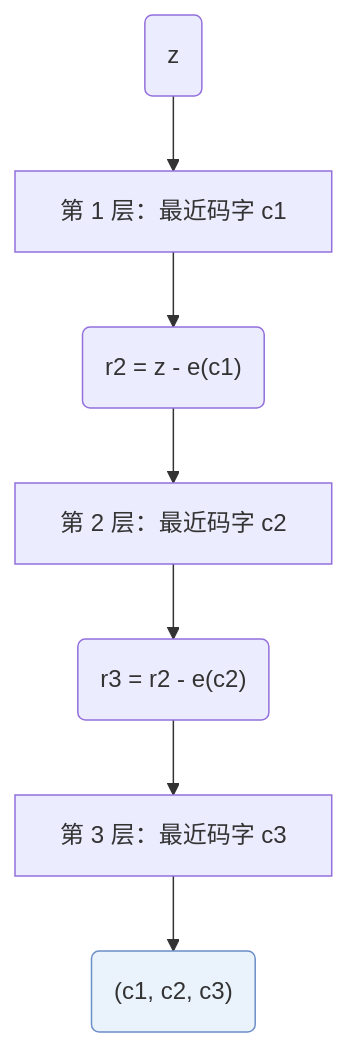
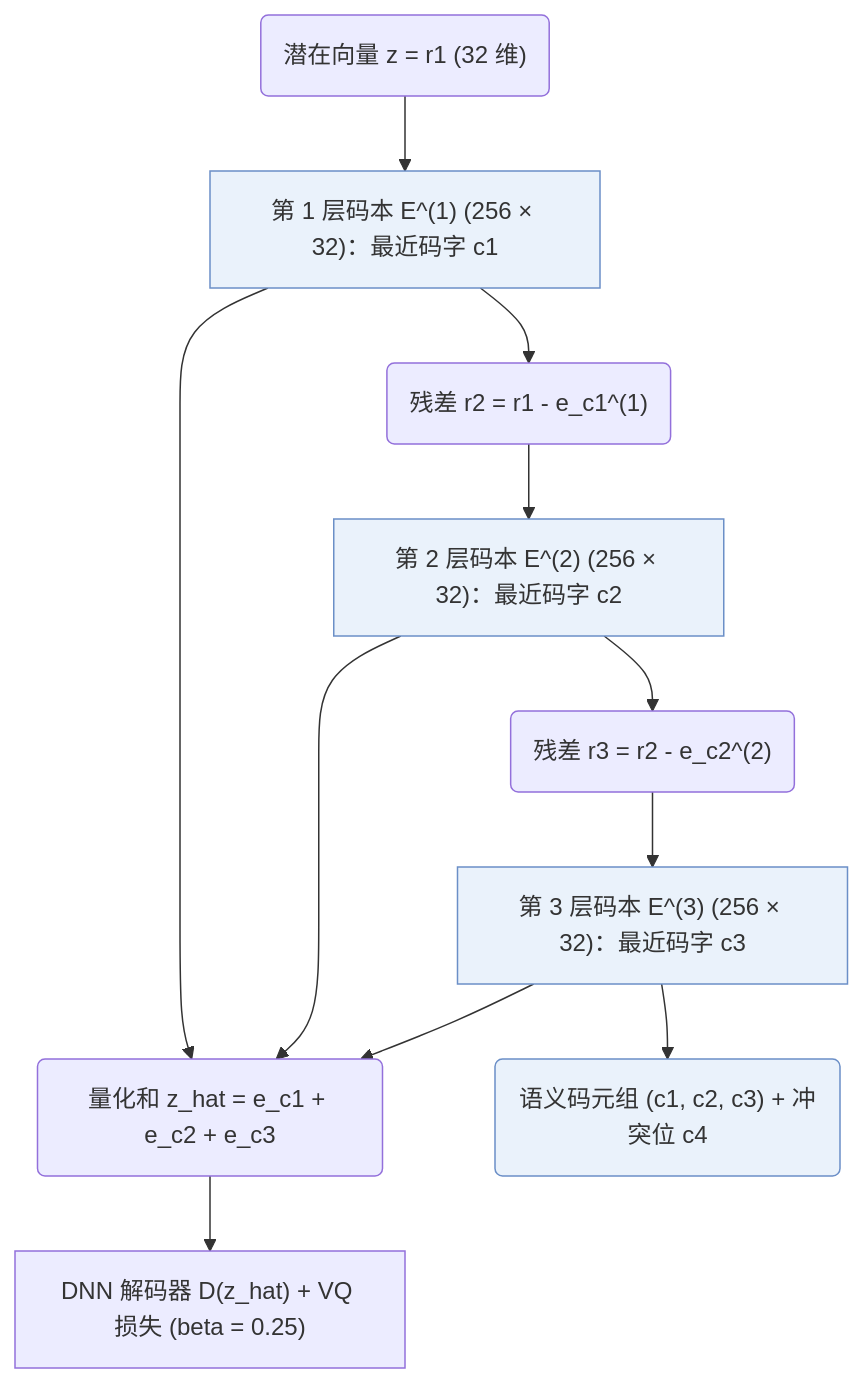
One commit to Galaxy-ghost/Awesome-SID-Generative-Rec changed the second of 2 diagrams in notes/zh/tiger.md. Above: the diagram before and after it, drawn with Mermaid. The commit also changed other lines of this file and 649 other files, not shown here.

Commit message:
writer-05: also tags and modality index (schema, check, build, visuals); summary field removed; calibration data for 12 papers

````diff
--- a/notes/zh/tiger.md
+++ b/notes/zh/tiger.md
@@ -76,10 +77,12 @@
 ```mermaid
 flowchart TD
-    Z("z") --> L1["第 1 层：最近码字 c1"]
-    L1 --> R2("r2 = z - e(c1)")
-    R2 --> L2["第 2 层：最近码字 c2"]
-    L2 --> R3("r3 = r2 - e(c2)")
-    R3 --> L3["第 3 层：最近码字 c3"]
-    L3 --> S("(c1, c2, c3)"):::key
+    Z("潜在向量 z = r1 (32 维)") --> L1["第 1 层码本 E^(1) (256 × 32)：最近码字 c1"]:::key
+    L1 --> R2("残差 r2 = r1 - e_c1^(1)")
+    R2 --> L2["第 2 层码本 E^(2) (256 × 32)：最近码字 c2"]:::key
+    L2 --> R3("残差 r3 = r2 - e_c2^(2)")
+    R3 --> L3["第 3 层码本 E^(3) (256 × 32)：最近码字 c3"]:::key
+    L1 & L2 & L3 --> Zhat("量化和 z_hat = e_c1 + e_c2 + e_c3")
+    Zhat --> Dec["DNN 解码器 D(z_hat) + VQ 损失 (beta = 0.25)"]
+    L3 --> S("语义码元组 (c1, c2, c3) + 冲突位 c4"):::key
     classDef key fill:#eaf2fb,stroke:#6b8fc7
 ```
````
